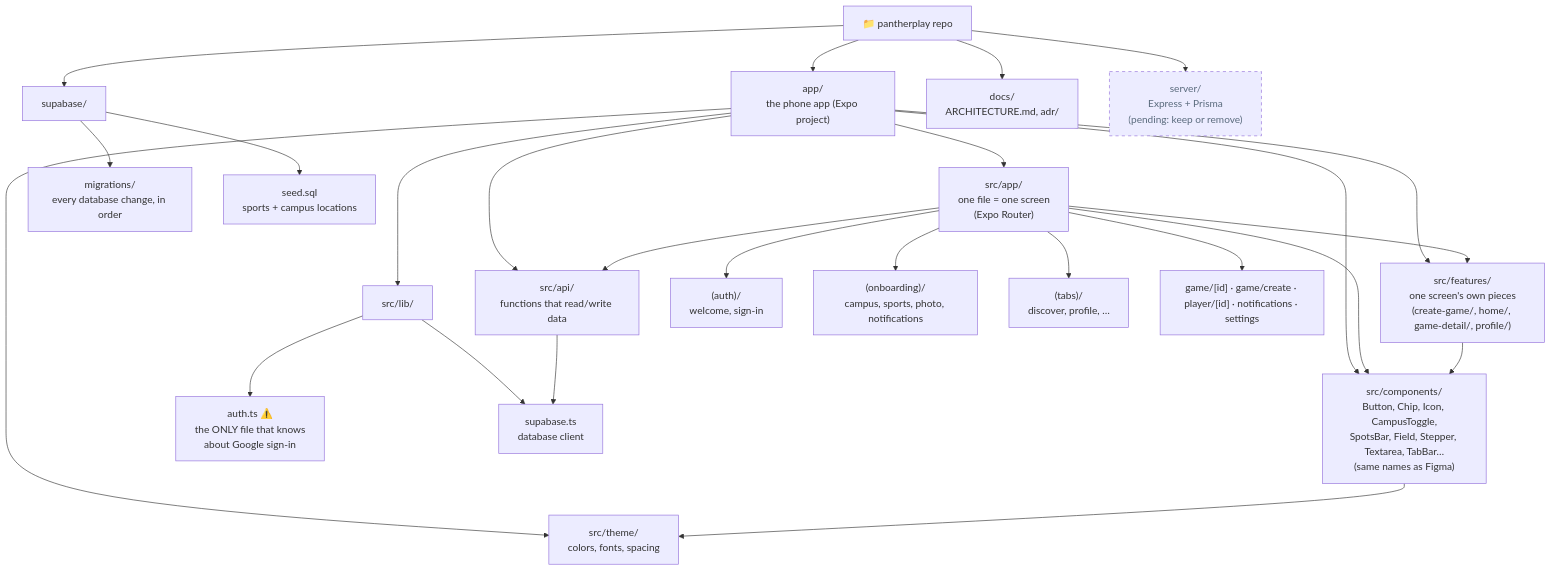
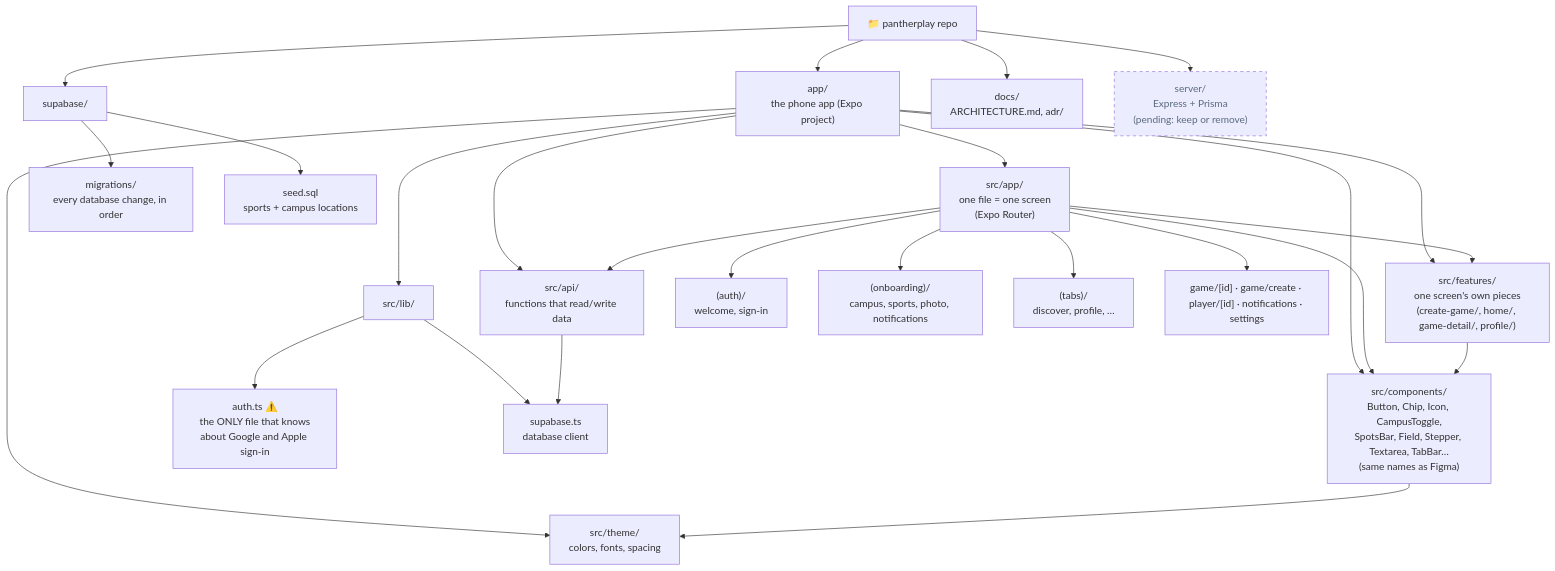
Before and after one commit to aymanlaassel/pantherplay: the second of 9 diagrams in docs/ARCHITECTURE.md, drawn with Mermaid. The commit also changed other lines of this file and 9 other files, not shown here.

````diff
--- a/docs/ARCHITECTURE.md
+++ b/docs/ARCHITECTURE.md
@@ -84,37 +86,37 @@
 ```mermaid
 flowchart TB
   Repo["📁 pantherplay repo"]
 
   Repo --> AppProj["app/<br/>the phone app (Expo project)"]
   Repo --> Supa["supabase/"]
   Repo --> Docs["docs/<br/>ARCHITECTURE.md, adr/"]
   Repo --> Server["server/<br/>Express + Prisma<br/>(pending: keep or remove)"]
 
   AppProj --> Screens["src/app/<br/>one file = one screen<br/>(Expo Router)"]
   AppProj --> Comp["src/components/<br/>Button, Chip, Icon, CampusToggle,<br/>SpotsBar, Field, Stepper, Textarea, TabBar…<br/>(same names as Figma)"]
   AppProj --> Feat["src/features/<br/>one screen's own pieces<br/>(create-game/, home/, game-detail/, profile/)"]
   AppProj --> Theme["src/theme/<br/>colors, fonts, spacing"]
   AppProj --> Api["src/api/<br/>functions that read/write data"]
   AppProj --> Lib["src/lib/"]
 
   Screens --> AuthScreens["(auth)/<br/>welcome, sign-in"]
   Screens --> Onb["(onboarding)/<br/>campus, sports, photo, notifications"]
   Screens --> Tabs["(tabs)/<br/>discover, profile, …"]
   Screens --> Pushed["game/[id] · game/create · player/[id] · notifications · settings"]
 
-  Lib --> AuthTs["auth.ts ⚠️<br/>the ONLY file that knows<br/>about Google sign-in"]
+  Lib --> AuthTs["auth.ts ⚠️<br/>the ONLY file that knows<br/>about Google and Apple sign-in"]
   Lib --> Client["supabase.ts<br/>database client"]
 
   Supa --> Mig["migrations/<br/>every database change, in order"]
   Supa --> Seed["seed.sql<br/>sports + campus locations"]
 
   Comp --> Theme
   Screens --> Comp
   Screens --> Feat
   Feat --> Comp
   Screens --> Api
   Api --> Client
 
   classDef pending stroke-dasharray: 5 5,color:#5A6B7D
   class Server pending
 ```
````
